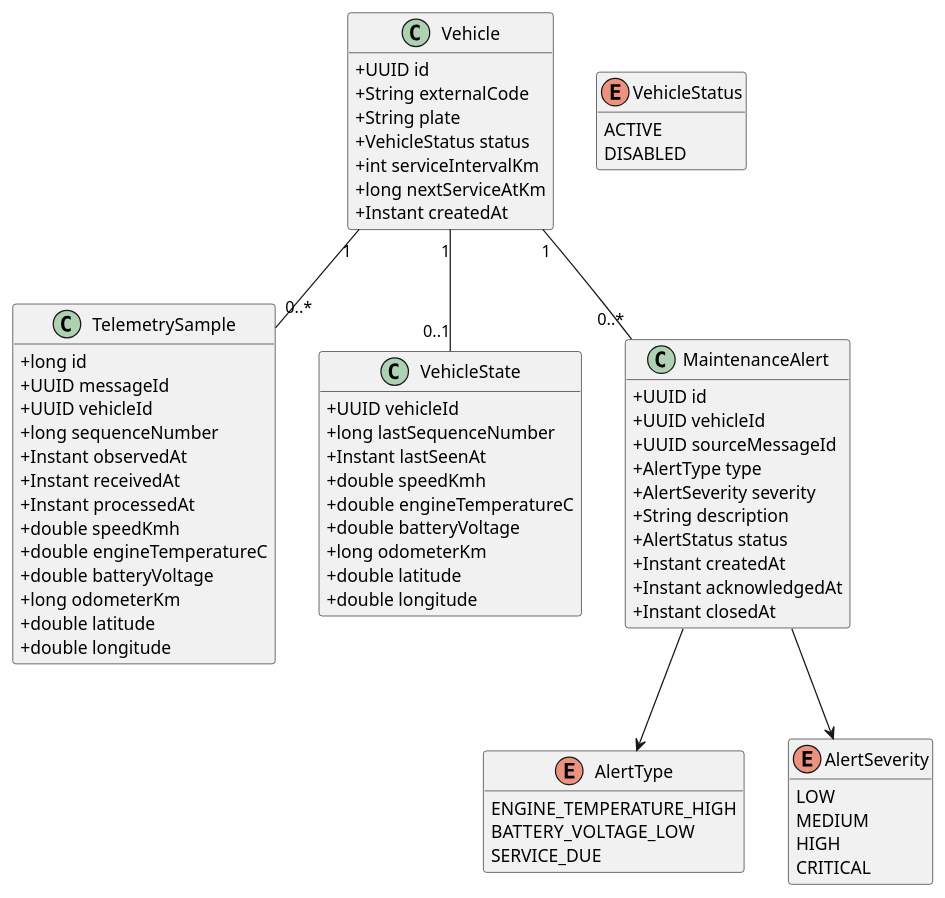
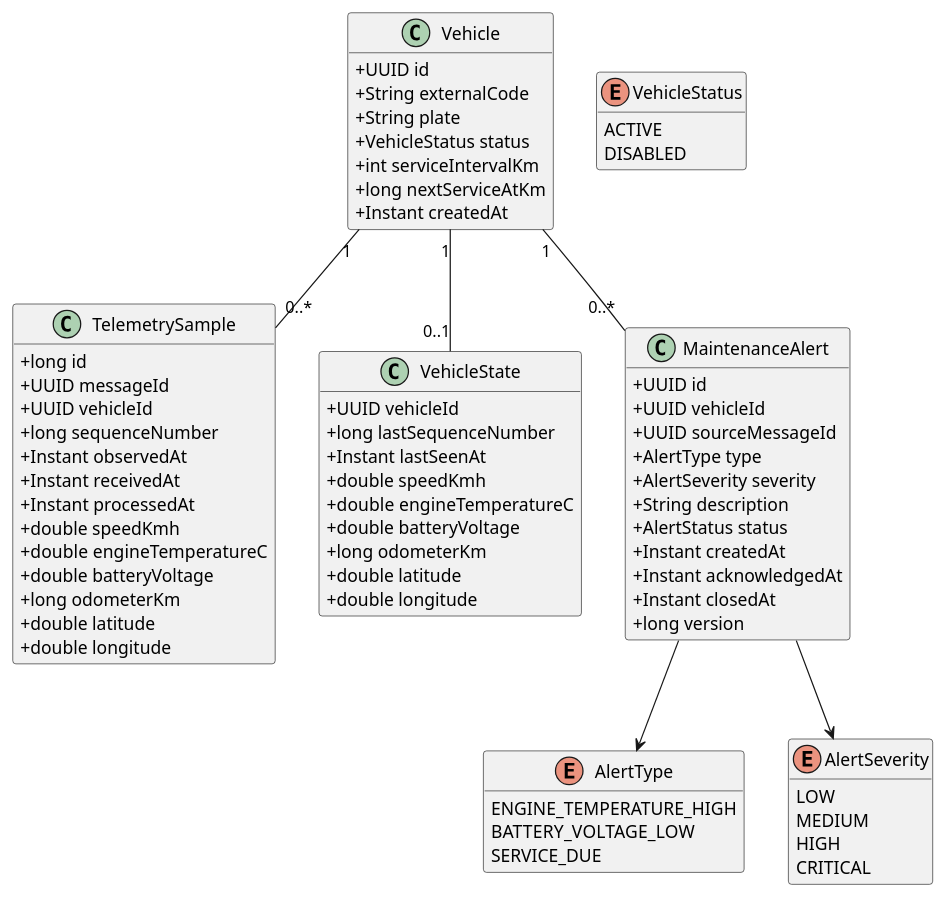
One commit to val3riot/FleetPulse changed the first of 2 diagrams in docs/04_DOMAIN_MODEL.md. Above: the diagram before and after it, drawn with PlantUML. The commit also changed 21 other files, not shown here.

````diff
--- a/docs/04_DOMAIN_MODEL.md
+++ b/docs/04_DOMAIN_MODEL.md
@@ -5,81 +5,82 @@
 ```plantuml
 @startuml
 hide methods
 skinparam classAttributeIconSize 0
 
 class Vehicle {
   +UUID id
   +String externalCode
   +String plate
   +VehicleStatus status
   +int serviceIntervalKm
   +long nextServiceAtKm
   +Instant createdAt
 }
 
 enum VehicleStatus {
   ACTIVE
   DISABLED
 }
 
 class TelemetrySample {
   +long id
   +UUID messageId
   +UUID vehicleId
   +long sequenceNumber
   +Instant observedAt
   +Instant receivedAt
   +Instant processedAt
   +double speedKmh
   +double engineTemperatureC
   +double batteryVoltage
   +long odometerKm
   +double latitude
   +double longitude
 }
 
 class VehicleState {
   +UUID vehicleId
   +long lastSequenceNumber
   +Instant lastSeenAt
   +double speedKmh
   +double engineTemperatureC
   +double batteryVoltage
   +long odometerKm
   +double latitude
   +double longitude
 }
 
 class MaintenanceAlert {
   +UUID id
   +UUID vehicleId
   +UUID sourceMessageId
   +AlertType type
   +AlertSeverity severity
   +String description
   +AlertStatus status
   +Instant createdAt
   +Instant acknowledgedAt
   +Instant closedAt
+  +long version
 }
 
 enum AlertType {
   ENGINE_TEMPERATURE_HIGH
   BATTERY_VOLTAGE_LOW
   SERVICE_DUE
 }
 
 enum AlertSeverity {
   LOW
   MEDIUM
   HIGH
   CRITICAL
 }
 
 Vehicle "1" -- "0..*" TelemetrySample
 Vehicle "1" -- "0..1" VehicleState
 Vehicle "1" -- "0..*" MaintenanceAlert
 MaintenanceAlert --> AlertType
 MaintenanceAlert --> AlertSeverity
 @enduml
 ```
````
